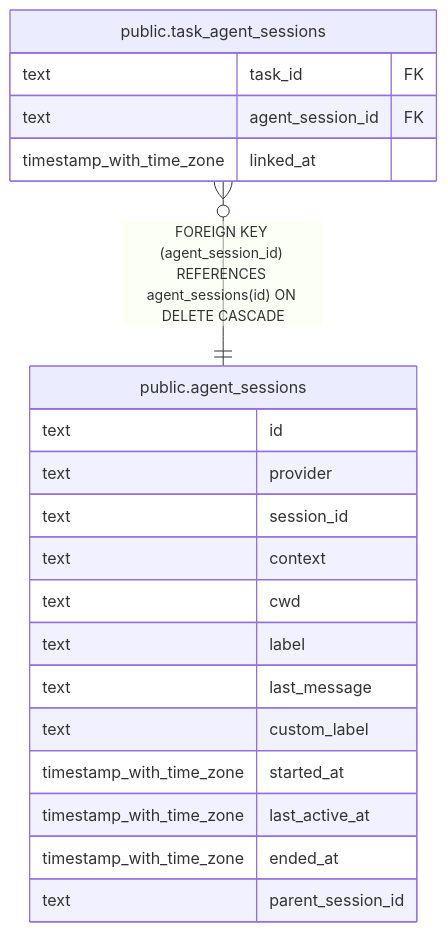
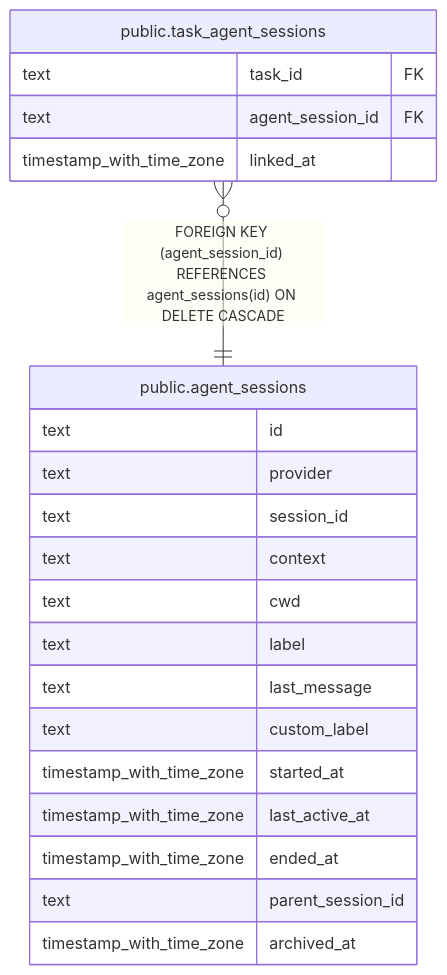
Before and after one commit to fohte/tq: the diagram in api/docs/db/public.agent_sessions.md, drawn with Mermaid. The commit also changed other lines of this file and 14 other files, not shown here.

````diff
--- a/api/docs/db/public.agent_sessions.md
+++ b/api/docs/db/public.agent_sessions.md
@@ -48,25 +49,26 @@
 ```mermaid
 erDiagram
 
 "public.task_agent_sessions" }o--|| "public.agent_sessions" : "FOREIGN KEY (agent_session_id) REFERENCES agent_sessions(id) ON DELETE CASCADE"
 
 "public.agent_sessions" {
   text id
   text provider
   text session_id
   text context
   text cwd
   text label
   text last_message
   text custom_label
   timestamp_with_time_zone started_at
   timestamp_with_time_zone last_active_at
   timestamp_with_time_zone ended_at
   text parent_session_id
+  timestamp_with_time_zone archived_at
 }
 "public.task_agent_sessions" {
   text task_id FK
   text agent_session_id FK
   timestamp_with_time_zone linked_at
 }
 ```
````
